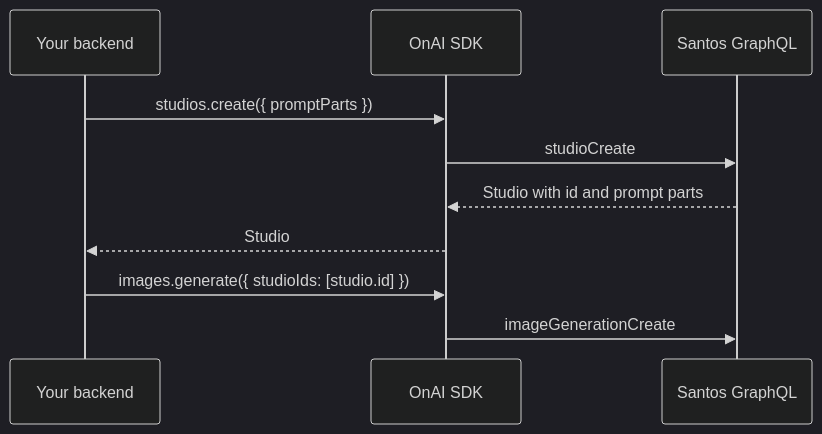
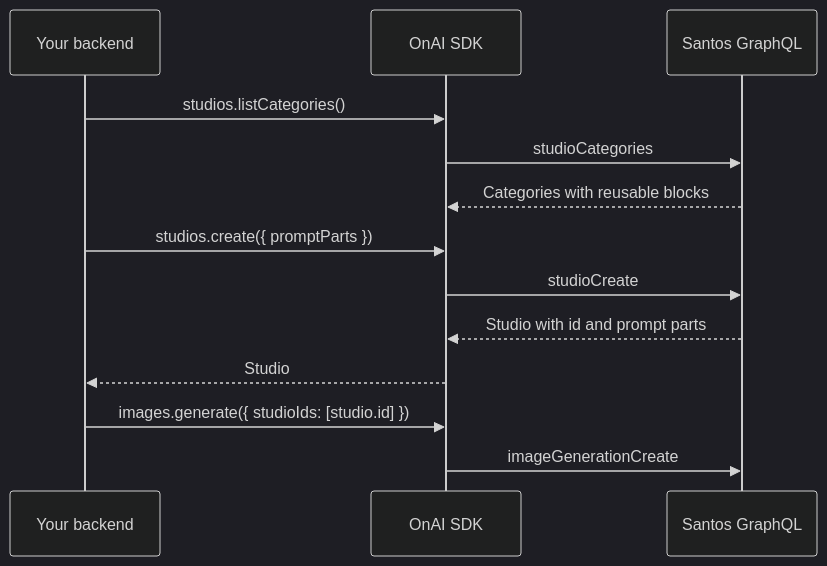
The third of 8 diagrams in docs/LEGACY_DOCUMENT.md (mxhiraz/onai-sdk), drawn with Mermaid (dark theme) before and after one commit. The commit also changed other lines of this file and 5 other files, not shown here.

Commit message:
Release v0.1.14 with studio categories

````diff
--- a/docs/LEGACY_DOCUMENT.md
+++ b/docs/LEGACY_DOCUMENT.md
@@ -295,13 +295,16 @@
 ```mermaid
 sequenceDiagram
   participant Backend as Your backend
   participant SDK as OnAI SDK
   participant GraphQL as Santos GraphQL
 
+  Backend->>SDK: studios.listCategories()
+  SDK->>GraphQL: studioCategories
+  GraphQL-->>SDK: Categories with reusable blocks
   Backend->>SDK: studios.create({ promptParts })
   SDK->>GraphQL: studioCreate
   GraphQL-->>SDK: Studio with id and prompt parts
   SDK-->>Backend: Studio
   Backend->>SDK: images.generate({ studioIds: [studio.id] })
   SDK->>GraphQL: imageGenerationCreate
 ```
````
